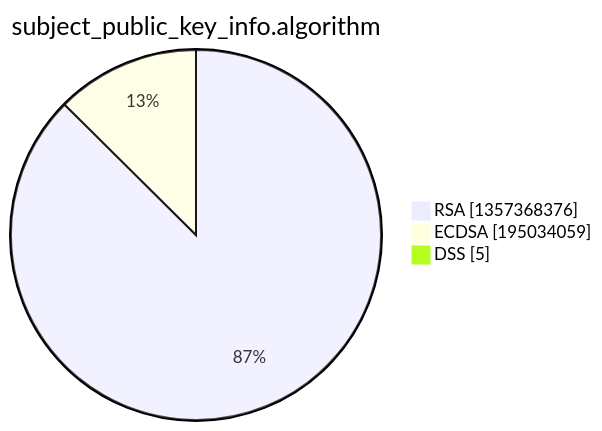
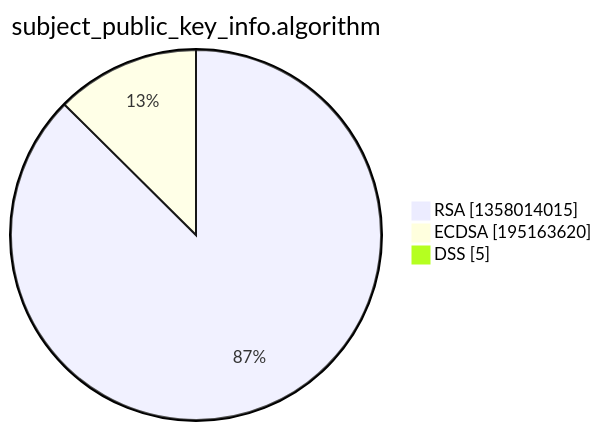
The third of 15 diagrams in xenon2022/README.md (christiankrug/ctmonitor_visualization), drawn with Mermaid before and after one commit. The commit also changed other lines of this file, not shown here.

````diff
--- a/xenon2022/README.md
+++ b/xenon2022/README.md
@@ -14,7 +14,7 @@
 ```mermaid
 pie showData
 title subject_public_key_info.algorithm
-"RSA" :1357368376
-"ECDSA" :195034059
+"RSA" :1358014015
+"ECDSA" :195163620
 "DSS" :5
 ```
````
